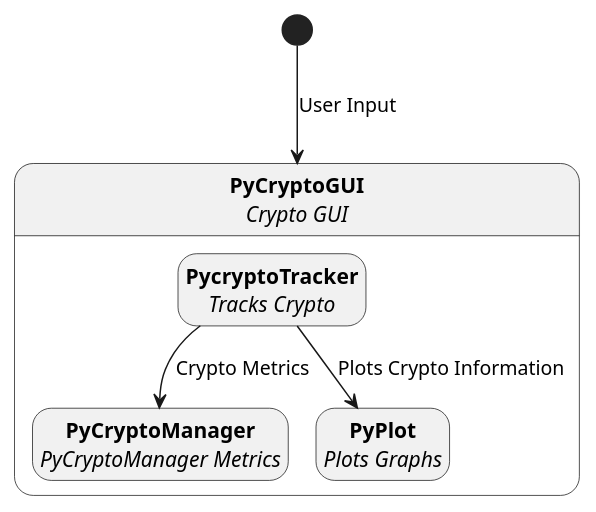
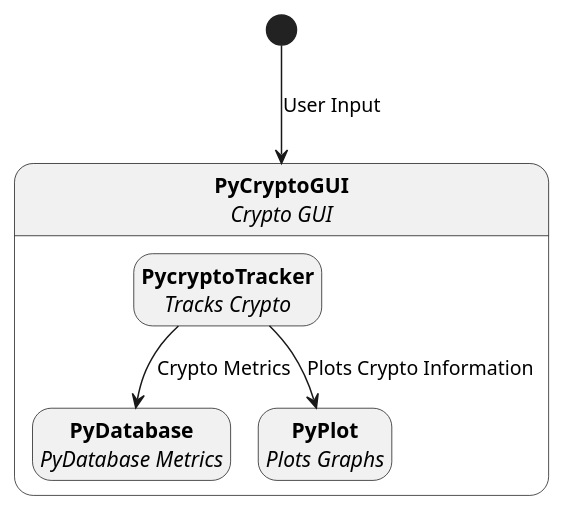
Before and after one commit to Taewoo0927/Crypto-Portfolio-Tracker: the diagram in Structure/Software_Structure.plantuml, drawn with PlantUML. The commit also changed 1 other file, not shown here.

Commit message:
<Software structure> Modified structure slightly by changing the name of PyCryptoManager to PyDatabase

```diff
--- a/Structure/Software_Structure.plantuml
+++ b/Structure/Software_Structure.plantuml
@@ -1,22 +1,20 @@
 @startuml Code-structure
 
 hide empty description
 
 [*] --> PyCryptoGUI : User Input
 
 state "<b>PyCryptoGUI</b>\n<i>Crypto GUI</i>" as PyCryptoGUI
 
 
 state PyCryptoGUI {
     state "<b>PycryptoTracker\n<i>Tracks Crypto" as PyCryptoTracker
-    state "<b>PyCryptoManager\n<i>PyCryptoManager Metrics" as PyCryptoManager
+    state "<b>PyDatabase\n<i>PyDatabase Metrics" as PyDatabase
     state "<b>PyPlot\n<i>Plots Graphs" as PyPlot
 
     PyCryptoTracker --> PyPlot : Plots Crypto Information
-    PyCryptoTracker --> PyCryptoManager : Crypto Metrics
+    PyCryptoTracker --> PyDatabase : Crypto Metrics
 
 }
 
-
-
 @enduml
```
